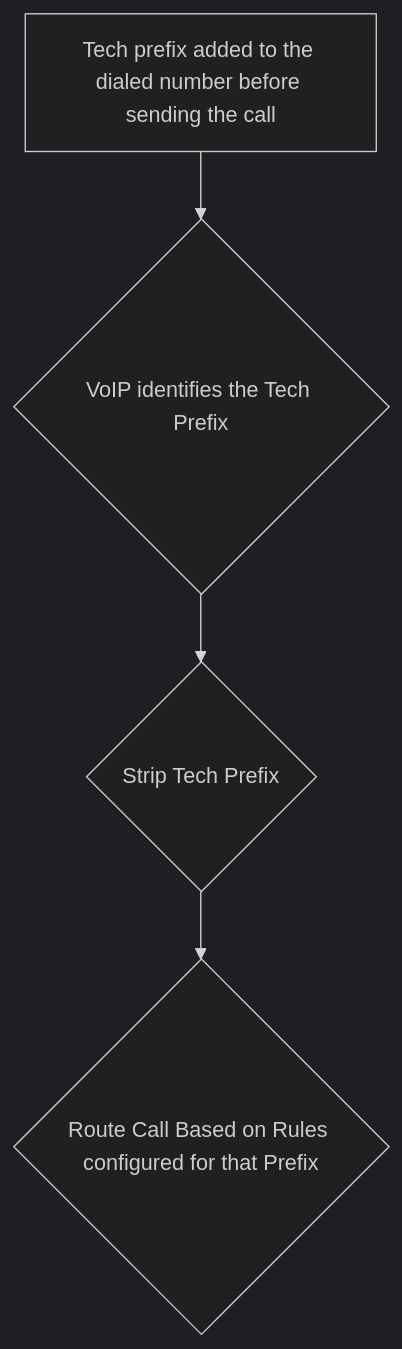
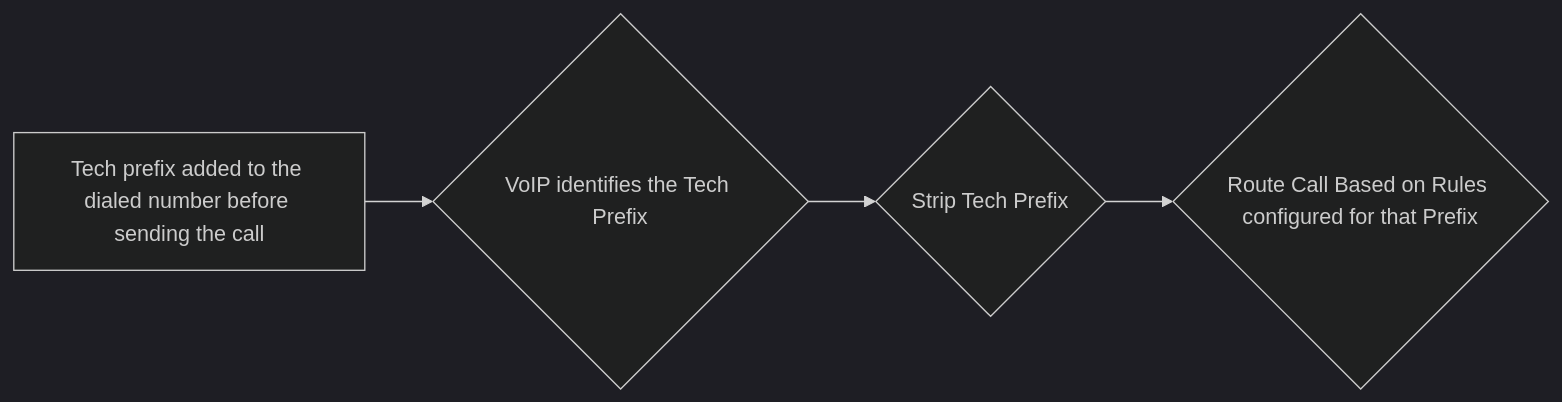
Before and after one commit to connexcs/docs: the first of 3 diagrams in docs/customer/routing.md, drawn with Mermaid (dark theme). The commit also changed other lines of this file and 1 other file, not shown here.

````diff
--- a/docs/customer/routing.md
+++ b/docs/customer/routing.md
@@ -326,6 +327,6 @@
 ```mermaid
-graph TB
+graph LR
 A[Tech prefix added to the dialed number before sending the call] --> B{VoIP identifies the Tech Prefix}
 B --> C{Strip Tech Prefix}
 C --> D{Route Call Based on Rules configured for that Prefix}
 ```
````
